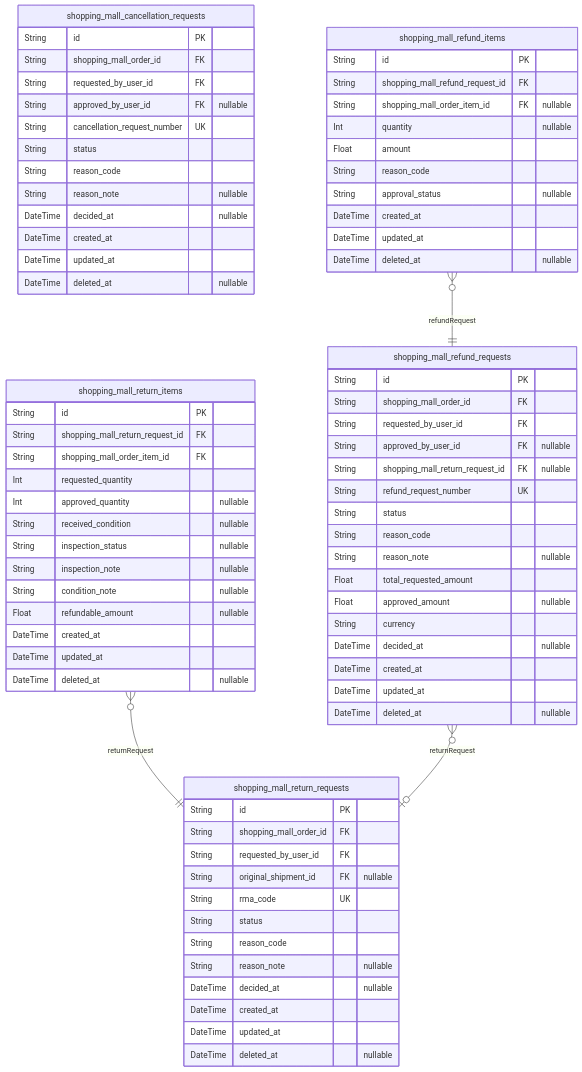
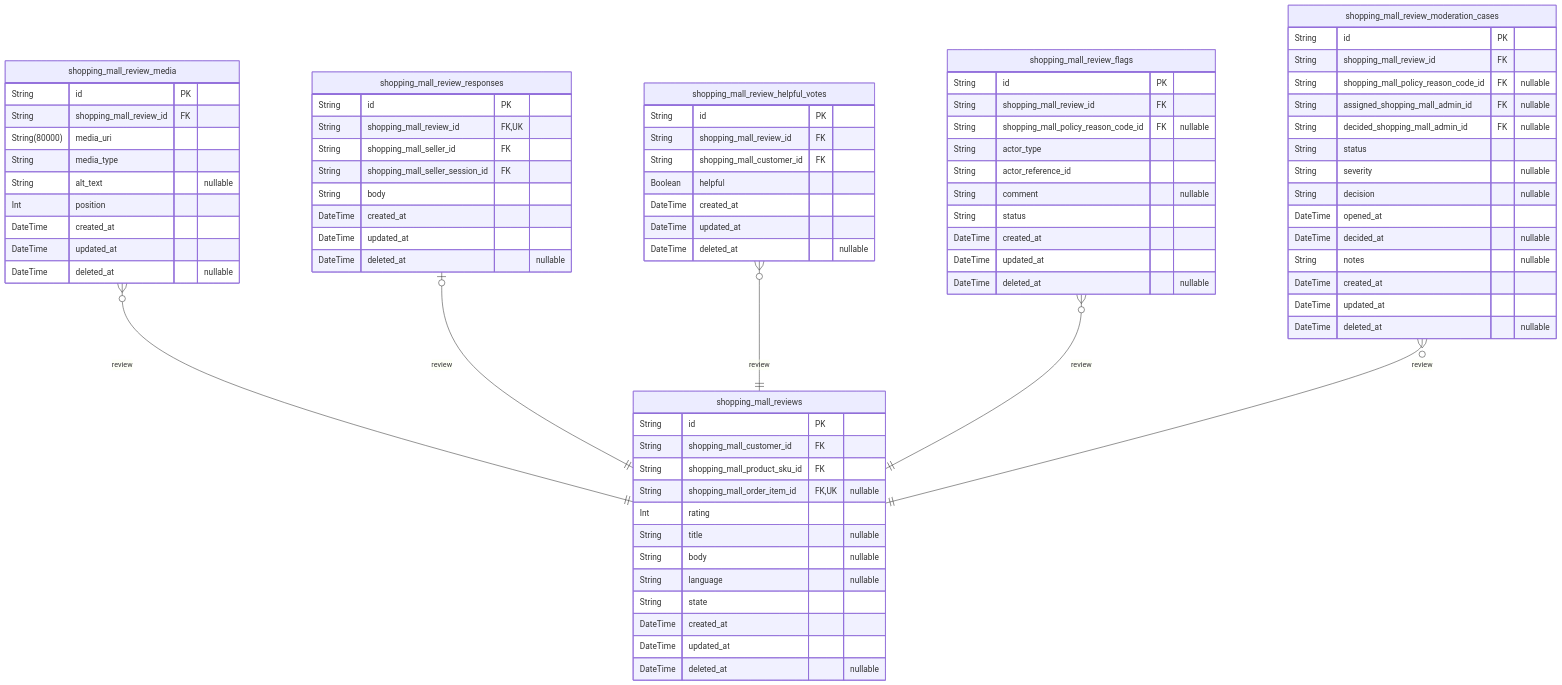
Before and after one commit to wrtnlabs/autobe-examples: diagram 11 of 13 in openai/gpt-5/shopping/docs/ERD.md, drawn with Mermaid. The commit also changed other lines of this file and 16146 other files, not shown here.

````diff
--- a/openai/gpt-5/shopping/docs/ERD.md
+++ b/openai/gpt-5/shopping/docs/ERD.md
@@ -2929,79 +3160,80 @@
 ```mermaid
 erDiagram
-"shopping_mall_cancellation_requests" {
+"shopping_mall_reviews" {
   String id PK
-  String shopping_mall_order_id FK
-  String requested_by_user_id FK
-  String approved_by_user_id FK "nullable"
-  String cancellation_request_number UK
-  String status
-  String reason_code
-  String reason_note "nullable"
-  DateTime decided_at "nullable"
+  String shopping_mall_customer_id FK
+  String shopping_mall_product_sku_id FK
+  String shopping_mall_order_item_id FK,UK "nullable"
+  Int rating
+  String title "nullable"
+  String body "nullable"
+  String language "nullable"
+  String state
   DateTime created_at
   DateTime updated_at
   DateTime deleted_at "nullable"
 }
-"shopping_mall_return_requests" {
+"shopping_mall_review_media" {
   String id PK
-  String shopping_mall_order_id FK
-  String requested_by_user_id FK
-  String original_shipment_id FK "nullable"
-  String rma_code UK
-  String status
-  String reason_code
-  String reason_note "nullable"
-  DateTime decided_at "nullable"
+  String shopping_mall_review_id FK
+  String(80000) media_uri
+  String media_type
+  String alt_text "nullable"
+  Int position
   DateTime created_at
   DateTime updated_at
   DateTime deleted_at "nullable"
 }
-"shopping_mall_return_items" {
+"shopping_mall_review_responses" {
   String id PK
-  String shopping_mall_return_request_id FK
-  String shopping_mall_order_item_id FK
-  Int requested_quantity
-  Int approved_quantity "nullable"
-  String received_condition "nullable"
-  String inspection_status "nullable"
-  String inspection_note "nullable"
-  String condition_note "nullable"
-  Float refundable_amount "nullable"
+  String shopping_mall_review_id FK,UK
+  String shopping_mall_seller_id FK
+  String shopping_mall_seller_session_id FK
+  String body
   DateTime created_at
   DateTime updated_at
   DateTime deleted_at "nullable"
 }
-"shopping_mall_refund_requests" {
+"shopping_mall_review_helpful_votes" {
   String id PK
-  String shopping_mall_order_id FK
-  String requested_by_user_id FK
-  String approved_by_user_id FK "nullable"
-  String shopping_mall_return_request_id FK "nullable"
-  String refund_request_number UK
-  String status
-  String reason_code
-  String reason_note "nullable"
-  Float total_requested_amount
-  Float approved_amount "nullable"
-  String currency
-  DateTime decided_at "nullable"
+  String shopping_mall_review_id FK
+  String shopping_mall_customer_id FK
+  Boolean helpful
   DateTime created_at
   DateTime updated_at
   DateTime deleted_at "nullable"
 }
-"shopping_mall_refund_items" {
+"shopping_mall_review_flags" {
   String id PK
-  String shopping_mall_refund_request_id FK
-  String shopping_mall_order_item_id FK "nullable"
-  Int quantity "nullable"
-  Float amount
-  String reason_code
-  String approval_status "nullable"
+  String shopping_mall_review_id FK
+  String shopping_mall_policy_reason_code_id FK "nullable"
+  String actor_type
+  String actor_reference_id
+  String comment "nullable"
+  String status
   DateTime created_at
   DateTime updated_at
   DateTime deleted_at "nullable"
 }
-"shopping_mall_return_items" }o--|| "shopping_mall_return_requests" : returnRequest
-"shopping_mall_refund_requests" }o--o| "shopping_mall_return_requests" : returnRequest
-"shopping_mall_refund_items" }o--|| "shopping_mall_refund_requests" : refundRequest
+"shopping_mall_review_moderation_cases" {
+  String id PK
+  String shopping_mall_review_id FK
+  String shopping_mall_policy_reason_code_id FK "nullable"
+  String assigned_shopping_mall_admin_id FK "nullable"
+  String decided_shopping_mall_admin_id FK "nullable"
+  String status
+  String severity "nullable"
+  String decision "nullable"
+  DateTime opened_at
+  DateTime decided_at "nullable"
+  String notes "nullable"
+  DateTime created_at
+  DateTime updated_at
+  DateTime deleted_at "nullable"
+}
+"shopping_mall_review_media" }o--|| "shopping_mall_reviews" : review
+"shopping_mall_review_responses" |o--|| "shopping_mall_reviews" : review
+"shopping_mall_review_helpful_votes" }o--|| "shopping_mall_reviews" : review
+"shopping_mall_review_flags" }o--|| "shopping_mall_reviews" : review
+"shopping_mall_review_moderation_cases" }o--|| "shopping_mall_reviews" : review
 ```
````
